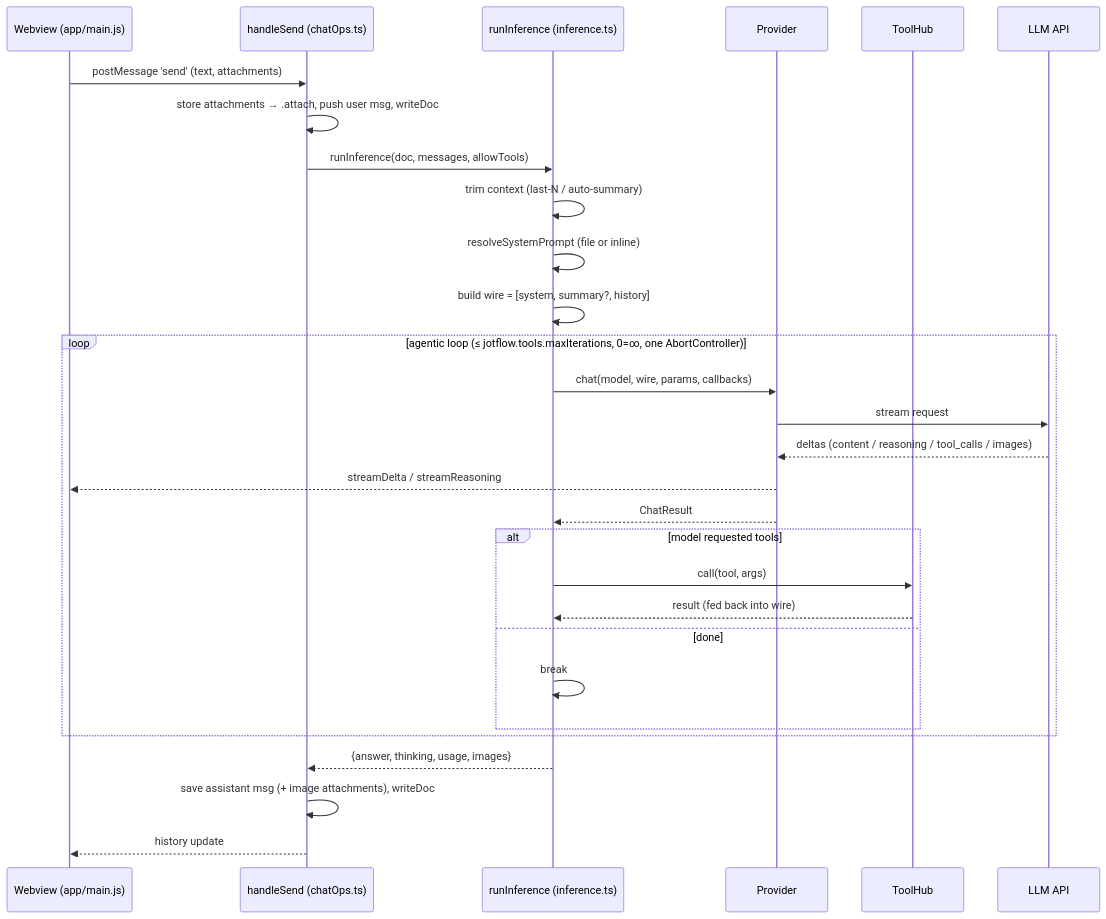
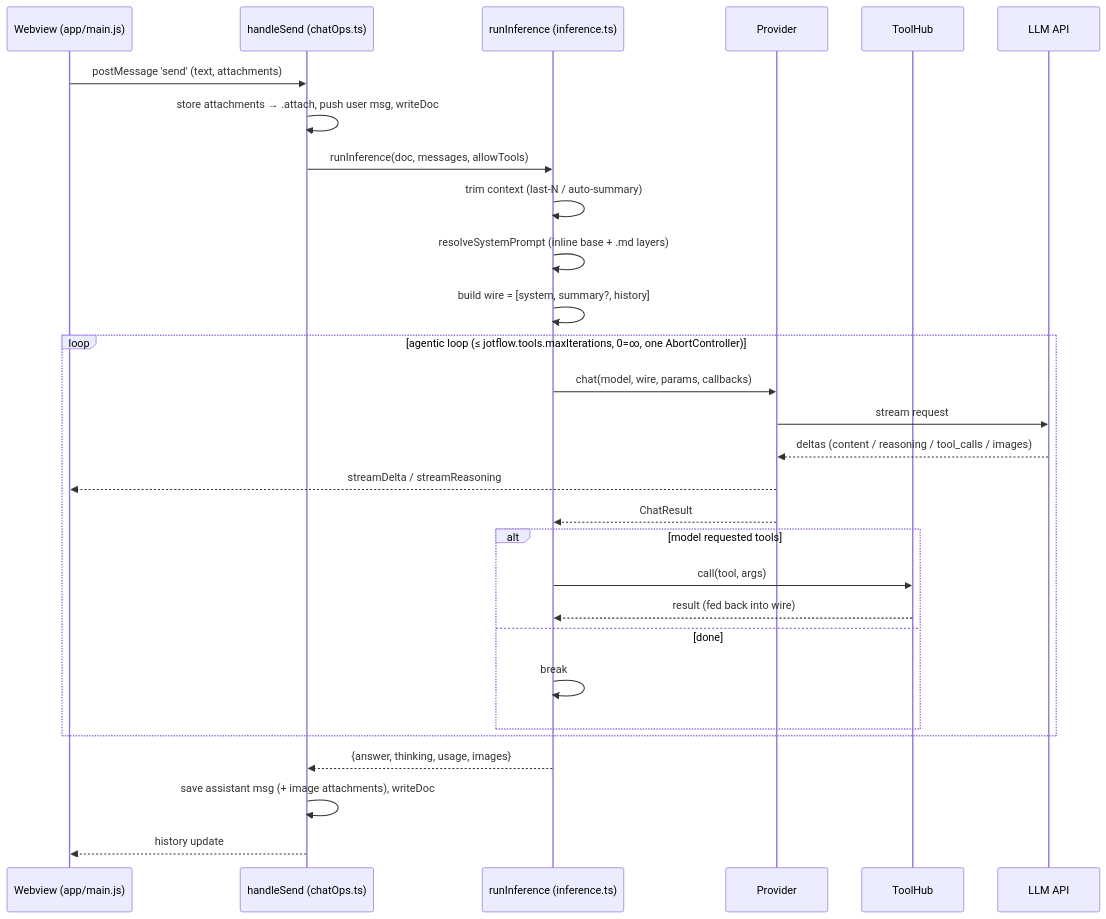
The fifth of 8 diagrams in ARCHITECTURE.md (enavarre-cl/parley), drawn with Mermaid before and after one commit. The commit also changed other lines of this file and 19 other files, not shown here.

First line of the commit message:
release: 2.8.0 (minor) — system-prompt path/glob source + Refresh

````diff
--- a/ARCHITECTURE.md
+++ b/ARCHITECTURE.md
@@ -217,32 +218,32 @@
 ```mermaid
 sequenceDiagram
   participant W as Webview (app/main.js)
   participant H as handleSend (chatOps.ts)
   participant R as runInference (inference.ts)
   participant P as Provider
   participant T as ToolHub
   participant LLM as LLM API
 
   W->>H: postMessage 'send' (text, attachments)
   H->>H: store attachments → .attach, push user msg, writeDoc
   H->>R: runInference(doc, messages, allowTools)
   R->>R: trim context (last-N / auto-summary)
-  R->>R: resolveSystemPrompt (file or inline)
+  R->>R: resolveSystemPrompt (inline base + .md layers)
   R->>R: build wire = [system, summary?, history]
   loop agentic loop (≤ jotflow.tools.maxIterations, 0=∞, one AbortController)
     R->>P: chat(model, wire, params, callbacks)
     P->>LLM: stream request
     LLM-->>P: deltas (content / reasoning / tool_calls / images)
     P-->>W: streamDelta / streamReasoning
     P-->>R: ChatResult
     alt model requested tools
       R->>T: call(tool, args)
       T-->>R: result (fed back into wire)
     else done
       R->>R: break
     end
   end
   R-->>H: {answer, thinking, usage, images}
   H->>H: save assistant msg (+ image attachments), writeDoc
   H-->>W: history update
 ```
````
